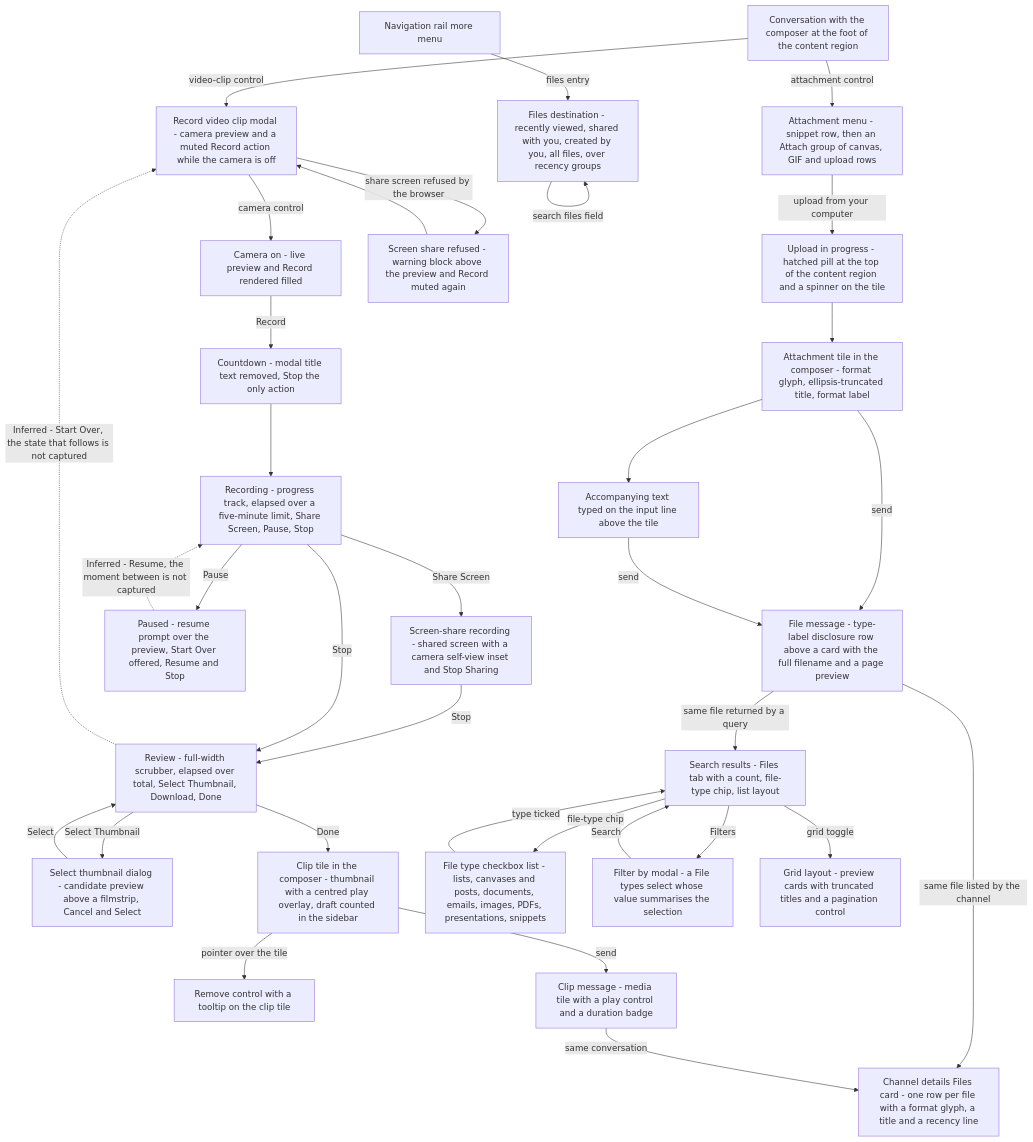
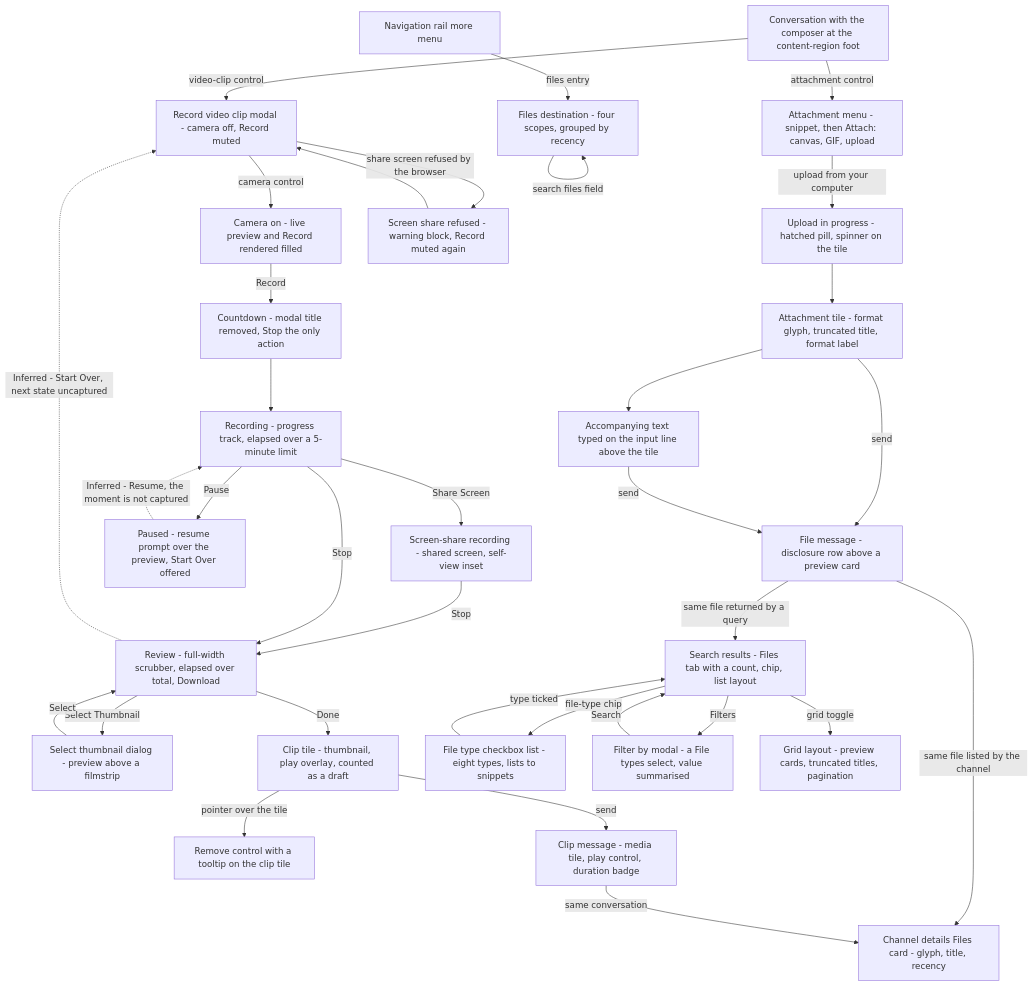
The diagram in docs/workflows/16-files-media.md (blitzy-research/blitzy-slack), drawn with Mermaid before and after one commit. The commit also changed 18 other files, not shown here.

````diff
--- a/docs/workflows/16-files-media.md
+++ b/docs/workflows/16-files-media.md
@@ -41,62 +41,62 @@
 ```mermaid
 flowchart TD
-    CONV["Conversation with the composer at the foot of the content region"]
+    CONV["Conversation with the composer at the content-region foot"]
     RAIL["Navigation rail more menu"]
-    MENU["Attachment menu - snippet row, then an Attach group of canvas, GIF and upload rows"]
-    UPLOADING["Upload in progress - hatched pill at the top of the content region and a spinner on the tile"]
-    TILE["Attachment tile in the composer - format glyph, ellipsis-truncated title, format label"]
+    MENU["Attachment menu - snippet, then Attach: canvas, GIF, upload"]
+    UPLOADING["Upload in progress - hatched pill, spinner on the tile"]
+    TILE["Attachment tile - format glyph, truncated title, format label"]
     TEXT["Accompanying text typed on the input line above the tile"]
-    POSTEDFILE["File message - type-label disclosure row above a card with the full filename and a page preview"]
-    RECORD["Record video clip modal - camera preview and a muted Record action while the camera is off"]
+    POSTEDFILE["File message - disclosure row above a preview card"]
+    RECORD["Record video clip modal - camera off, Record muted"]
     ARMED["Camera on - live preview and Record rendered filled"]
-    SHAREFAIL["Screen share refused - warning block above the preview and Record muted again"]
-    COUNTDOWN["Countdown - modal title text removed, Stop the only action"]
-    RECORDING["Recording - progress track, elapsed over a five-minute limit, Share Screen, Pause, Stop"]
-    PAUSED["Paused - resume prompt over the preview, Start Over offered, Resume and Stop"]
-    SHARING["Screen-share recording - shared screen with a camera self-view inset and Stop Sharing"]
-    REVIEW["Review - full-width scrubber, elapsed over total, Select Thumbnail, Download, Done"]
-    THUMBS["Select thumbnail dialog - candidate preview above a filmstrip, Cancel and Select"]
-    CLIPTILE["Clip tile in the composer - thumbnail with a centred play overlay, draft counted in the sidebar"]
+    SHAREFAIL["Screen share refused - warning block, Record muted again"]
+    COUNTDOWN["Countdown - modal title removed, Stop the only action"]
+    RECORDING["Recording - progress track, elapsed over a 5-minute limit"]
+    PAUSED["Paused - resume prompt over the preview, Start Over offered"]
+    SHARING["Screen-share recording - shared screen, self-view inset"]
+    REVIEW["Review - full-width scrubber, elapsed over total, Download"]
+    THUMBS["Select thumbnail dialog - preview above a filmstrip"]
+    CLIPTILE["Clip tile - thumbnail, play overlay, counted as a draft"]
     REMOVE["Remove control with a tooltip on the clip tile"]
-    POSTEDCLIP["Clip message - media tile with a play control and a duration badge"]
-    FILESCARD["Channel details Files card - one row per file with a format glyph, a title and a recency line"]
-    SEARCH["Search results - Files tab with a count, file-type chip, list layout"]
-    TYPEMENU["File type checkbox list - lists, canvases and posts, documents, emails, images, PDFs, presentations, snippets"]
-    FILTERBY["Filter by modal - a File types select whose value summarises the selection"]
-    GRID["Grid layout - preview cards with truncated titles and a pagination control"]
-    FILESDEST["Files destination - recently viewed, shared with you, created by you, all files, over recency groups"]
+    POSTEDCLIP["Clip message - media tile, play control, duration badge"]
+    FILESCARD["Channel details Files card - glyph, title, recency"]
+    SEARCH["Search results - Files tab with a count, chip, list layout"]
+    TYPEMENU["File type checkbox list - eight types, lists to snippets"]
+    FILTERBY["Filter by modal - a File types select, value summarised"]
+    GRID["Grid layout - preview cards, truncated titles, pagination"]
+    FILESDEST["Files destination - four scopes, grouped by recency"]
 
     CONV -->|"attachment control"| MENU
     MENU -->|"upload from your computer"| UPLOADING
     UPLOADING --> TILE
     TILE --> TEXT
     TILE -->|"send"| POSTEDFILE
     TEXT -->|"send"| POSTEDFILE
     CONV -->|"video-clip control"| RECORD
     RECORD -->|"camera control"| ARMED
     RECORD -->|"share screen refused by the browser"| SHAREFAIL
     SHAREFAIL --> RECORD
     ARMED -->|"Record"| COUNTDOWN
     COUNTDOWN --> RECORDING
     RECORDING -->|"Pause"| PAUSED
-    PAUSED -.->|"Inferred - Resume, the moment between is not captured"| RECORDING
+    PAUSED -.->|"Inferred - Resume, the moment is not captured"| RECORDING
     RECORDING -->|"Share Screen"| SHARING
     SHARING -->|"Stop"| REVIEW
     RECORDING -->|"Stop"| REVIEW
     REVIEW -->|"Select Thumbnail"| THUMBS
     THUMBS -->|"Select"| REVIEW
-    REVIEW -.->|"Inferred - Start Over, the state that follows is not captured"| RECORD
+    REVIEW -.->|"Inferred - Start Over, next state uncaptured"| RECORD
     REVIEW -->|"Done"| CLIPTILE
     CLIPTILE -->|"pointer over the tile"| REMOVE
     CLIPTILE -->|"send"| POSTEDCLIP
     POSTEDFILE -->|"same file listed by the channel"| FILESCARD
     POSTEDFILE -->|"same file returned by a query"| SEARCH
     POSTEDCLIP -->|"same conversation"| FILESCARD
     SEARCH -->|"file-type chip"| TYPEMENU
     SEARCH -->|"Filters"| FILTERBY
     FILTERBY -->|"Search"| SEARCH
     TYPEMENU -->|"type ticked"| SEARCH
     SEARCH -->|"grid toggle"| GRID
     RAIL -->|"files entry"| FILESDEST
     FILESDEST -->|"search files field"| FILESDEST
 ```
````
